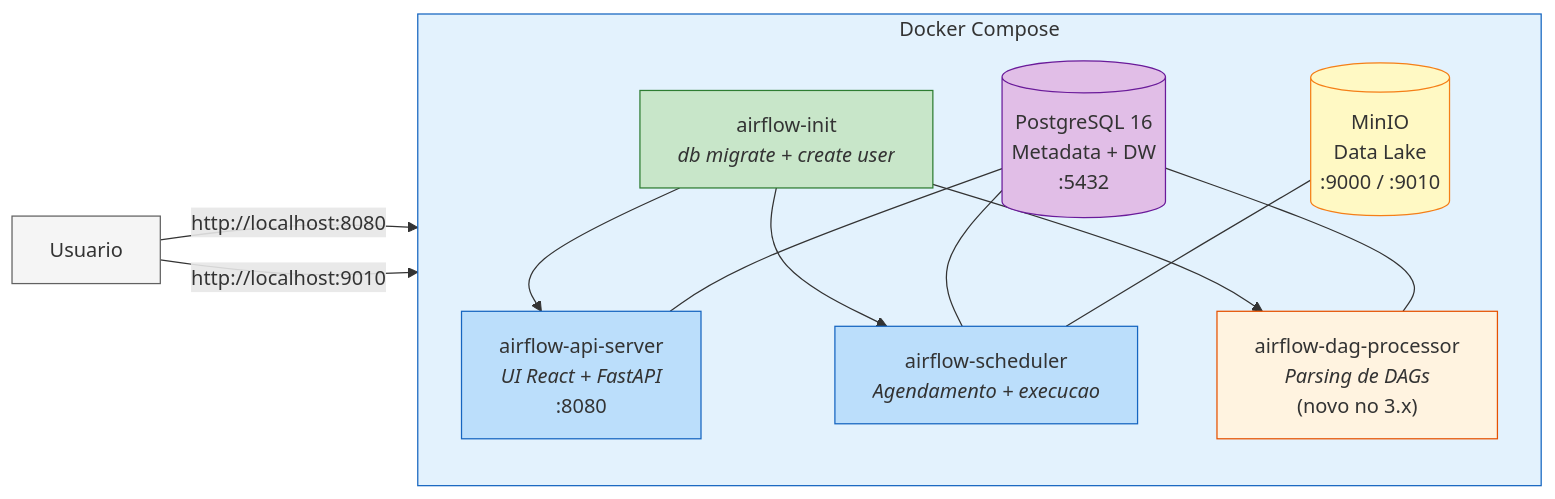
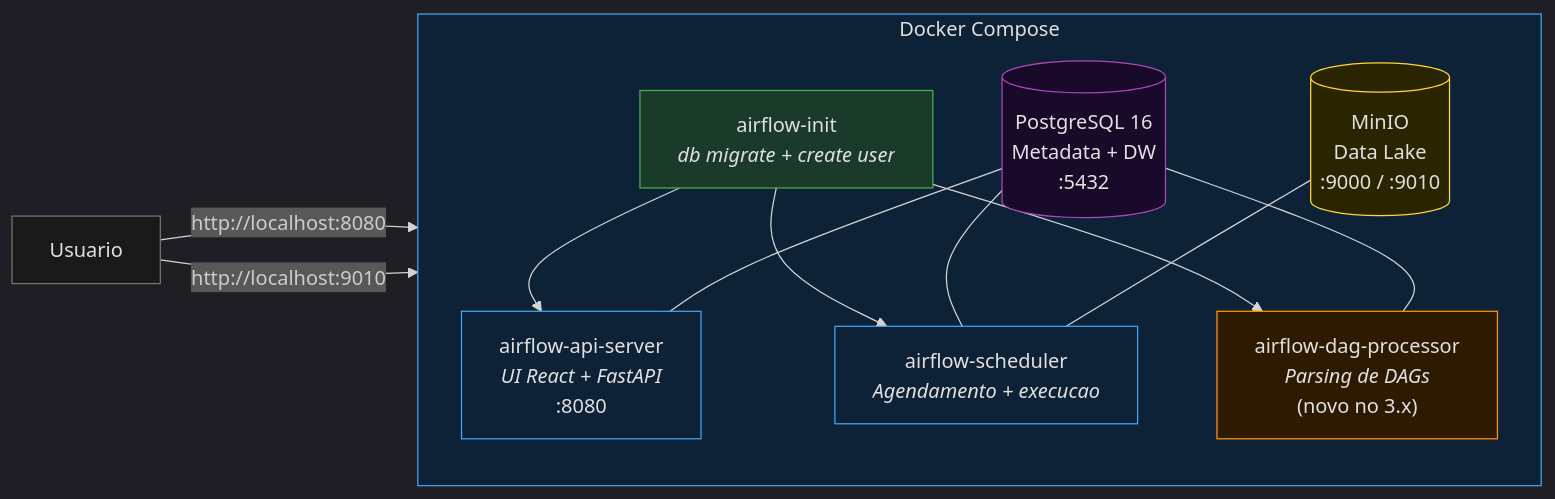
The second of 2 diagrams in README.md (fujiiatila-dev/receita-pipeline-csv), drawn with Mermaid before and after one commit. The commit also changed other lines of this file, not shown here.

Commit message:
docs: alterar diagramas Mermaid para dark mode

````diff
--- a/README.md
+++ b/README.md
@@ -126,32 +127,33 @@
 ```mermaid
+%%{init: {'theme': 'dark'}}%%
 graph LR
     subgraph Docker["Docker Compose"]
         direction TB
         INIT["airflow-init<br/><i>db migrate + create user</i>"]
         API["airflow-api-server<br/><i>UI React + FastAPI</i><br/>:8080"]
         SCH["airflow-scheduler<br/><i>Agendamento + execucao</i>"]
         DAG["airflow-dag-processor<br/><i>Parsing de DAGs</i><br/>(novo no 3.x)"]
         PG[("PostgreSQL 16<br/>Metadata + DW<br/>:5432")]
         MN[("MinIO<br/>Data Lake<br/>:9000 / :9010")]
 
         INIT --> API
         INIT --> SCH
         INIT --> DAG
         PG --- API
         PG --- SCH
         PG --- DAG
         MN --- SCH
     end
 
     USER["Usuario"] -->|"http://localhost:8080"| API
     USER -->|"http://localhost:9010"| MN
 
-    style Docker fill:#e3f2fd,stroke:#1565c0
-    style INIT fill:#c8e6c9,stroke:#2e7d32
-    style API fill:#bbdefb,stroke:#1565c0
-    style SCH fill:#bbdefb,stroke:#1565c0
-    style DAG fill:#fff3e0,stroke:#e65100
-    style PG fill:#e1bee7,stroke:#6a1b9a
-    style MN fill:#fff9c4,stroke:#f57f17
-    style USER fill:#f5f5f5,stroke:#616161
+    style Docker fill:#0d2137,stroke:#42a5f5,color:#e0e0e0
+    style INIT fill:#1a3a2a,stroke:#4caf50,color:#e0e0e0
+    style API fill:#0d2137,stroke:#42a5f5,color:#e0e0e0
+    style SCH fill:#0d2137,stroke:#42a5f5,color:#e0e0e0
+    style DAG fill:#2e1a00,stroke:#ff9800,color:#e0e0e0
+    style PG fill:#1a0a2a,stroke:#ab47bc,color:#e0e0e0
+    style MN fill:#2a2500,stroke:#fdd835,color:#e0e0e0
+    style USER fill:#1a1a1a,stroke:#757575,color:#e0e0e0
 ```
````
